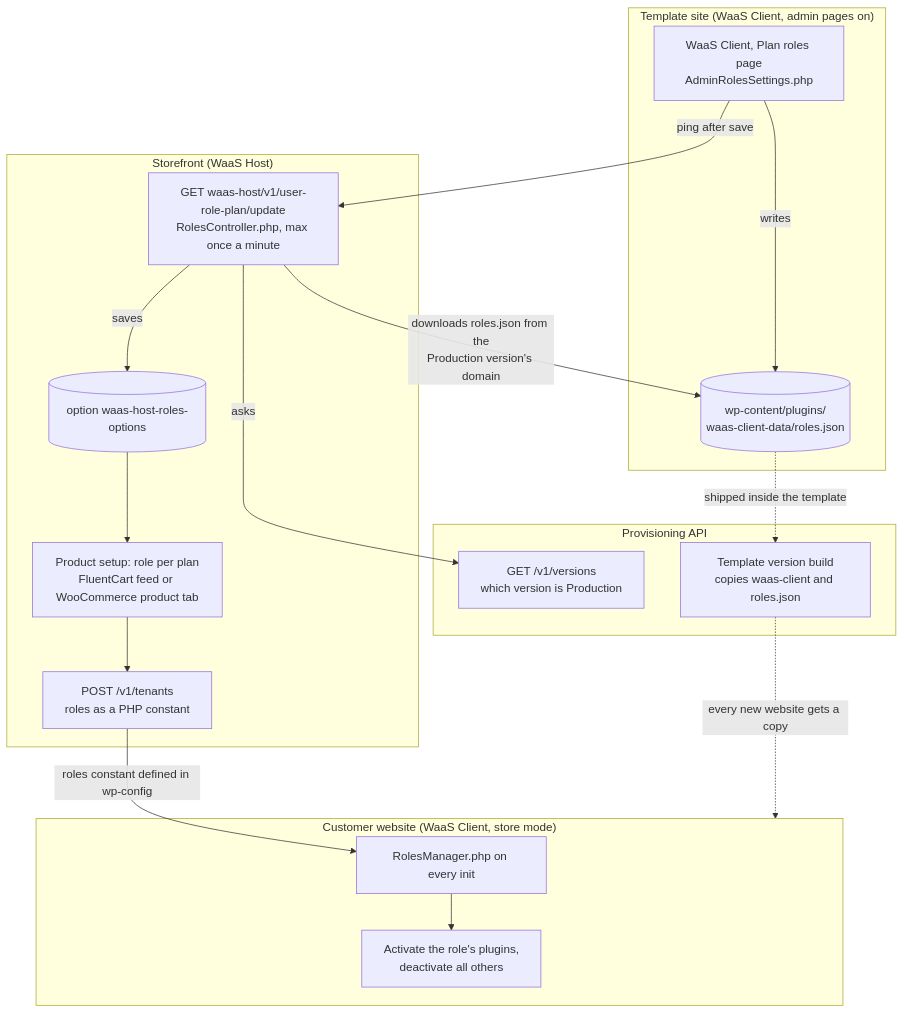
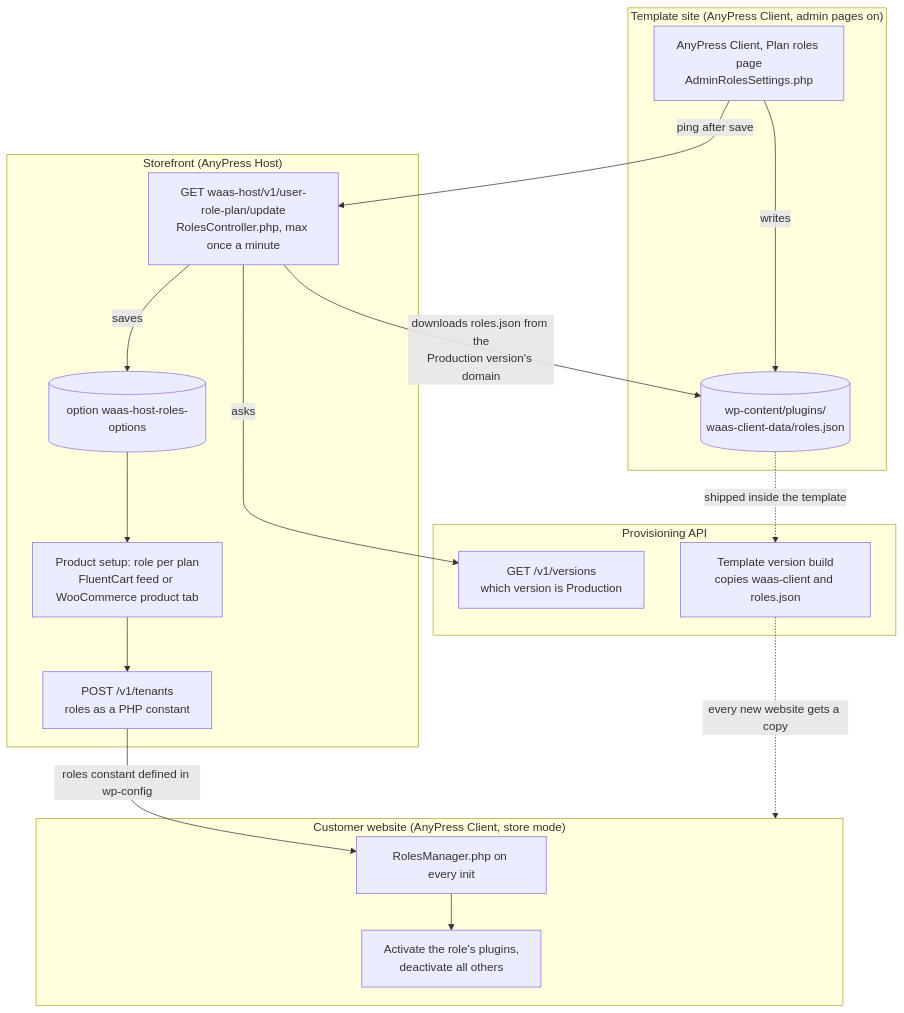
The fourth of 5 diagrams in docs/architecture/README.md (hamchowderr/waas-plugins), drawn with Mermaid before and after one commit. The commit also changed other lines of this file and 74 other files, not shown here.

First line of the commit message:
AnyPress Host 2.11.0, AnyPress Client 2.13.0, AnyPress Payments 0.2.0-beta.3: AnyPress names (waas-api-x4a)

````diff
--- a/docs/architecture/README.md
+++ b/docs/architecture/README.md
@@ -146,34 +146,34 @@
 ```mermaid
 flowchart TB
-  subgraph TPLSITE["Template site (WaaS Client, admin pages on)"]
-    ADMIN["WaaS Client, Plan roles page<br/>AdminRolesSettings.php"]
+  subgraph TPLSITE["Template site (AnyPress Client, admin pages on)"]
+    ADMIN["AnyPress Client, Plan roles page<br/>AdminRolesSettings.php"]
     FILE[("wp-content/plugins/<br/>waas-client-data/roles.json")]
     ADMIN -->|"writes"| FILE
   end
 
-  subgraph SFSITE["Storefront (WaaS Host)"]
+  subgraph SFSITE["Storefront (AnyPress Host)"]
     RC["GET waas-host/v1/user-role-plan/update<br/>RolesController.php, max once a minute"]
     OPT[("option waas-host-roles-options")]
     FEED["Product setup: role per plan<br/>FluentCart feed or WooCommerce product tab"]
     CREATE["POST /v1/tenants<br/>roles as a PHP constant"]
     RC -->|"saves"| OPT --> FEED --> CREATE
   end
 
   subgraph APISIDE["Provisioning API"]
     VERS["GET /v1/versions<br/>which version is Production"]
     BUILD["Template version build<br/>copies waas-client and roles.json"]
   end
 
-  subgraph SITE["Customer website (WaaS Client, store mode)"]
+  subgraph SITE["Customer website (AnyPress Client, store mode)"]
     RM["RolesManager.php on every init"]
     PLUG["Activate the role's plugins,<br/>deactivate all others"]
     RM --> PLUG
   end
 
   ADMIN -->|"ping after save"| RC
   RC -->|"asks"| VERS
   RC -->|"downloads roles.json from the<br/>Production version's domain"| FILE
   FILE -.->|"shipped inside the template"| BUILD
   BUILD -.->|"every new website gets a copy"| SITE
   CREATE -->|"roles constant defined in wp-config"| RM
 ```
````
